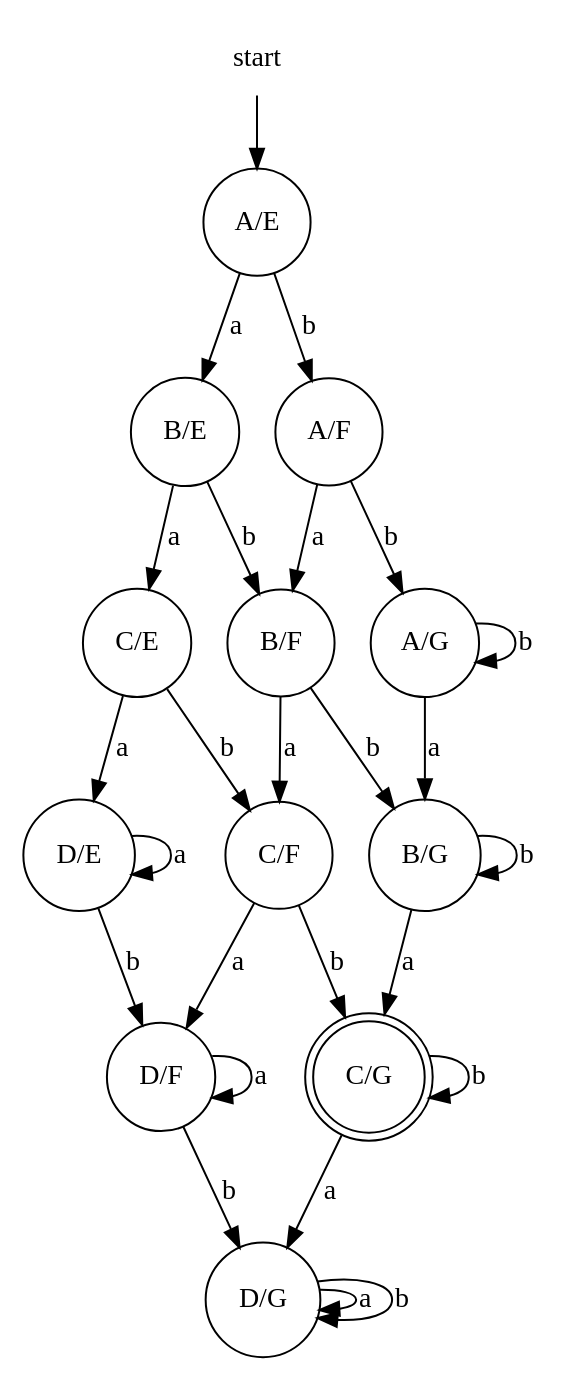
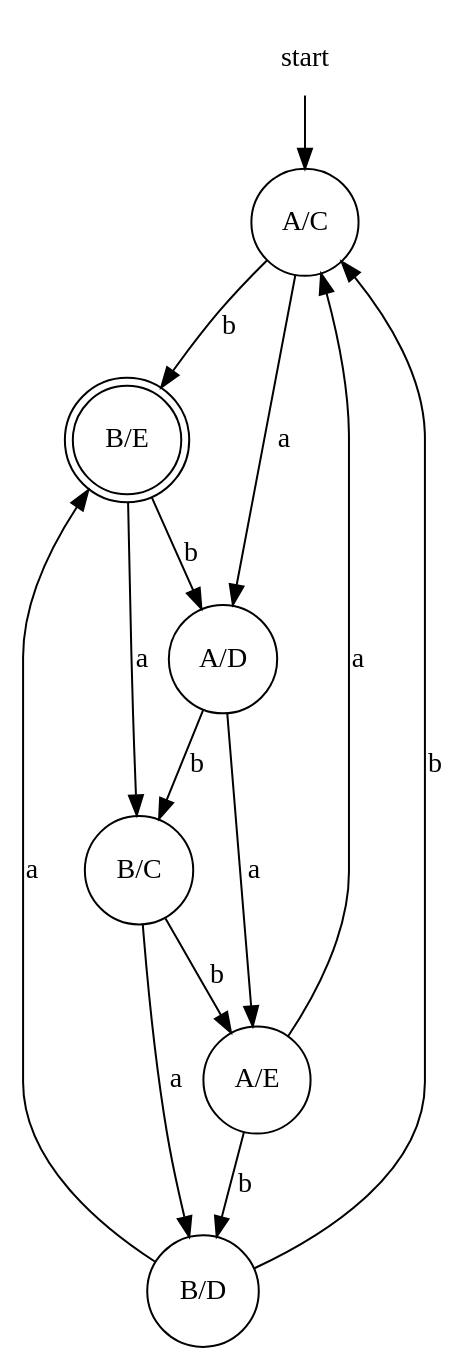
The diagram in fase1/product_DFA.xml_DFA2.xml.dot (evertheylen/TA_TO), drawn with Graphviz before and after one commit. The commit also changed 38 other files, not shown here.

```diff
--- a/fase1/product_DFA.xml_DFA2.xml.dot
+++ b/fase1/product_DFA.xml_DFA2.xml.dot
@@ -1,30 +1,18 @@
 digraph automaton {
     node [shape=none]; start;
-    node [shape=doublecircle]; "C/G";
+    node [shape=doublecircle]; "B/E";
     node [shape=circle];
-    start -> "A/E";
-    "A/E" -> "B/E" [label="a"];
-    "A/E" -> "A/F" [label="b"];
-    "A/F" -> "B/F" [label="a"];
-    "A/F" -> "A/G" [label="b"];
-    "A/G" -> "B/G" [label="a"];
-    "A/G" -> "A/G" [label="b"];
-    "B/E" -> "C/E" [label="a"];
-    "B/E" -> "B/F" [label="b"];
-    "B/F" -> "C/F" [label="a"];
-    "B/F" -> "B/G" [label="b"];
-    "B/G" -> "C/G" [label="a"];
-    "B/G" -> "B/G" [label="b"];
-    "C/E" -> "D/E" [label="a"];
-    "C/E" -> "C/F" [label="b"];
-    "C/F" -> "D/F" [label="a"];
-    "C/F" -> "C/G" [label="b"];
-    "C/G" -> "D/G" [label="a"];
-    "C/G" -> "C/G" [label="b"];
-    "D/E" -> "D/E" [label="a"];
-    "D/E" -> "D/F" [label="b"];
-    "D/F" -> "D/F" [label="a"];
-    "D/F" -> "D/G" [label="b"];
-    "D/G" -> "D/G" [label="a"];
-    "D/G" -> "D/G" [label="b"];
+    start -> "A/C";
+    "A/C" -> "A/D" [label="a"];
+    "A/C" -> "B/E" [label="b"];
+    "A/D" -> "A/E" [label="a"];
+    "A/D" -> "B/C" [label="b"];
+    "A/E" -> "A/C" [label="a"];
+    "A/E" -> "B/D" [label="b"];
+    "B/C" -> "B/D" [label="a"];
+    "B/C" -> "A/E" [label="b"];
+    "B/D" -> "B/E" [label="a"];
+    "B/D" -> "A/C" [label="b"];
+    "B/E" -> "B/C" [label="a"];
+    "B/E" -> "A/D" [label="b"];
 }
```
